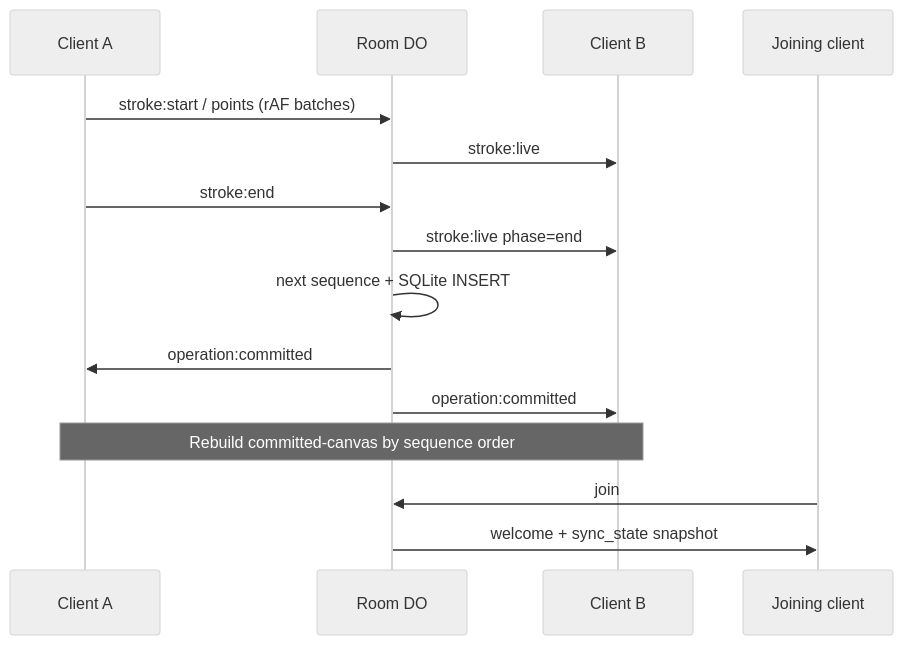
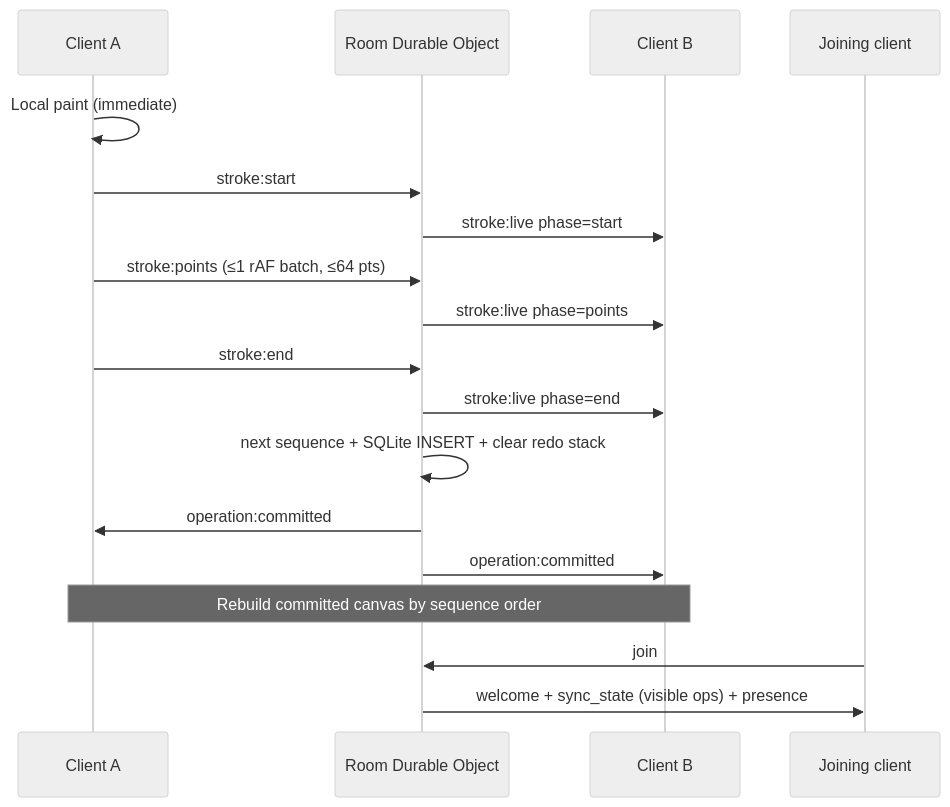
The second of 4 diagrams in ARCHITECTURE.md (Venkat-Kolasani/Loomline), drawn with Mermaid (neutral theme) before and after one commit. The commit also changed other lines of this file and 2 other files, not shown here.

First line of the commit message:
docs(submission): rewrite README, architecture, and decisions

````diff
--- a/ARCHITECTURE.md
+++ b/ARCHITECTURE.md
@@ -29,17 +30,20 @@
 ```mermaid
 sequenceDiagram
   participant A as Client A
-  participant DO as Room DO
+  participant DO as Room Durable Object
   participant B as Client B
-  A->>DO: stroke:start / points (rAF batches)
-  DO->>B: stroke:live
+  A->>A: Local paint (immediate)
+  A->>DO: stroke:start
+  DO->>B: stroke:live phase=start
+  A->>DO: stroke:points (≤1 rAF batch, ≤64 pts)
+  DO->>B: stroke:live phase=points
   A->>DO: stroke:end
   DO->>B: stroke:live phase=end
-  DO->>DO: next sequence + SQLite INSERT
+  DO->>DO: next sequence + SQLite INSERT + clear redo stack
   DO->>A: operation:committed
   DO->>B: operation:committed
-  Note over A,B: Rebuild committed-canvas by sequence order
+  Note over A,B: Rebuild committed canvas by sequence order
   participant C as Joining client
   C->>DO: join
-  DO->>C: welcome + sync_state snapshot
+  DO->>C: welcome + sync_state (visible ops) + presence
 ```
````
